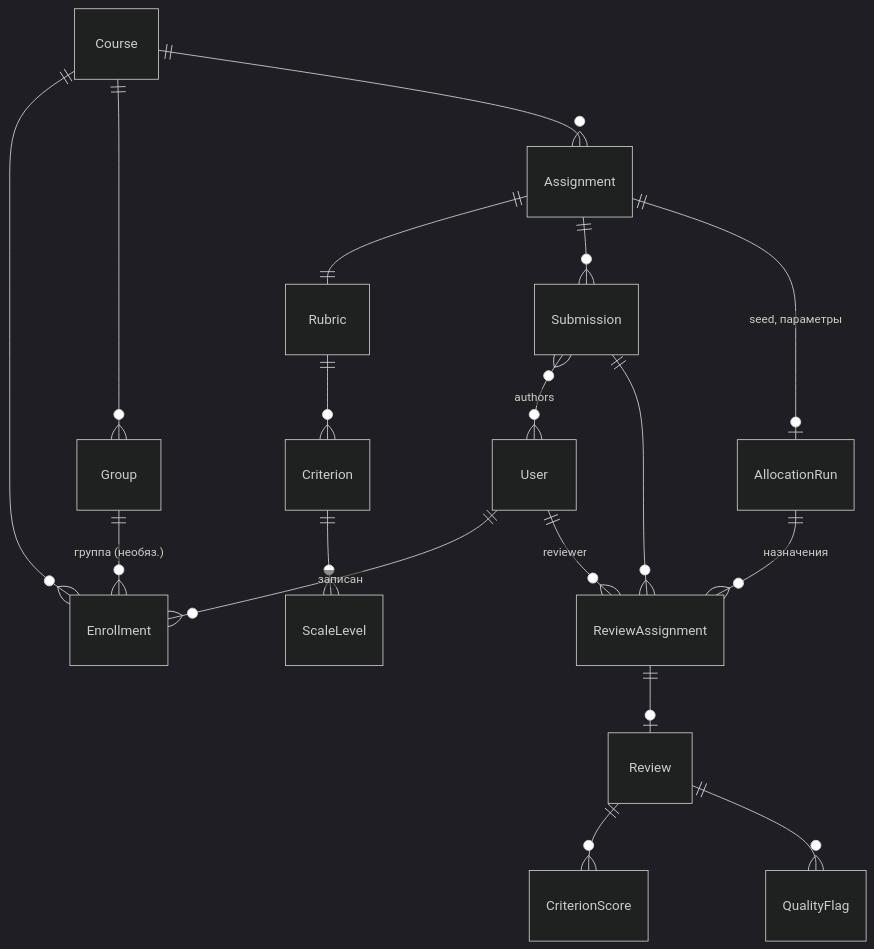
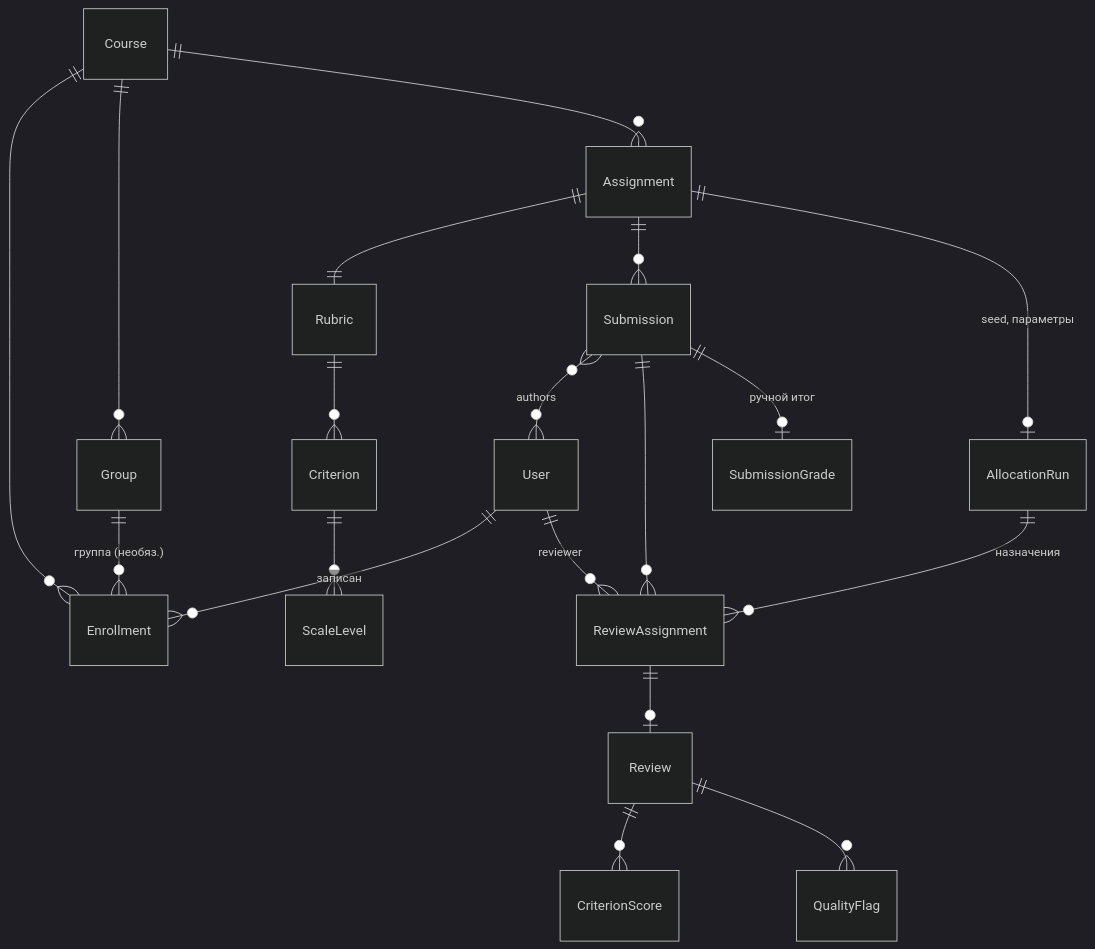
One commit to DANIK20060731/TP_Project_3kurs changed the third of 3 diagrams in docs/ARCHITECTURE.md. Above: the diagram before and after it, drawn with Mermaid (dark theme). The commit also changed other lines of this file and 17 other files, not shown here.

````diff
--- a/docs/ARCHITECTURE.md
+++ b/docs/ARCHITECTURE.md
@@ -32,20 +32,21 @@
 ```mermaid
 erDiagram
   User ||--o{ Enrollment : "записан"
   Course ||--o{ Enrollment : ""
   Course ||--o{ Group : ""
   Group ||--o{ Enrollment : "группа (необяз.)"
   Course ||--o{ Assignment : ""
   Assignment ||--|| Rubric : ""
   Rubric ||--o{ Criterion : ""
   Criterion ||--o{ ScaleLevel : ""
   Assignment ||--o{ Submission : ""
   Submission }o--o{ User : "authors"
   Submission ||--o{ ReviewAssignment : ""
+  Submission ||--o| SubmissionGrade : "ручной итог"
   User ||--o{ ReviewAssignment : "reviewer"
   ReviewAssignment ||--o| Review : ""
   Review ||--o{ CriterionScore : ""
   Review ||--o{ QualityFlag : ""
   Assignment ||--o| AllocationRun : "seed, параметры"
   AllocationRun ||--o{ ReviewAssignment : назначения
 ```
````
